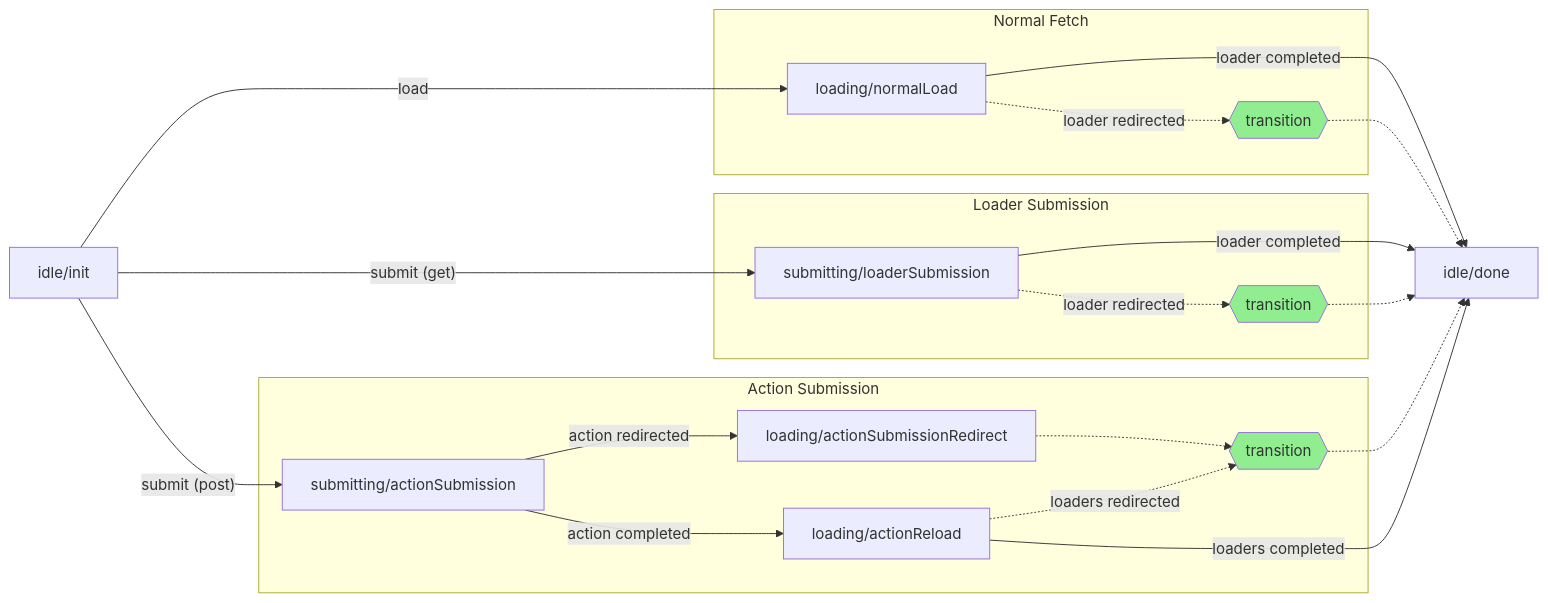
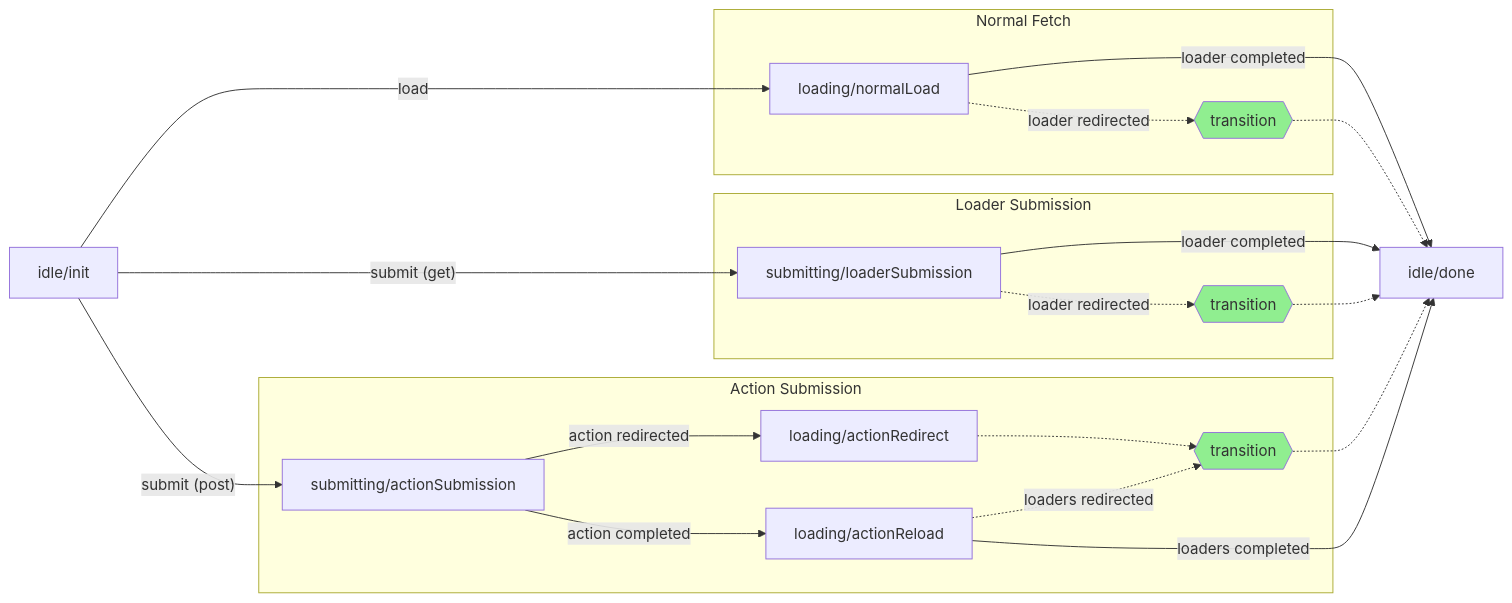
The second of 2 diagrams in DEVELOPMENT.md (remix-run/remix), drawn with Mermaid before and after one commit. The commit also changed 3 other files, not shown here.

````diff
--- a/DEVELOPMENT.md
+++ b/DEVELOPMENT.md
@@ -180,30 +180,30 @@
 ```mermaid
 graph LR
   idle/init -->|"load"| loading/normalLoad
   idle/init -->|"submit (get)"| submitting/loaderSubmission
   idle/init -->|"submit (post)"| submitting/actionSubmission
 
   subgraph "Normal Fetch"
   loading/normalLoad -.->|loader redirected| T1{{transition}}
   end
   loading/normalLoad -->|loader completed| idle/done
   T1{{transition}} -.-> idle/done
 
   subgraph "Loader Submission"
   submitting/loaderSubmission -.->|"loader redirected"| T2{{transition}}
   end
   submitting/loaderSubmission -->|loader completed| idle/done
   T2{{transition}} -.-> idle/done
 
   subgraph "Action Submission"
   submitting/actionSubmission -->|action completed| loading/actionReload
-  submitting/actionSubmission -->|action redirected| loading/actionSubmissionRedirect
-  loading/actionSubmissionRedirect -.-> T3{{transition}}
+  submitting/actionSubmission -->|action redirected| loading/actionRedirect
+  loading/actionRedirect -.-> T3{{transition}}
   loading/actionReload -.-> |loaders redirected| T3{{transition}}
   end
   T3{{transition}} -.-> idle/done
   loading/actionReload --> |loaders completed| idle/done
 
   classDef transition fill:lightgreen;
   class T1,T2,T3 transition;
 ```
````
